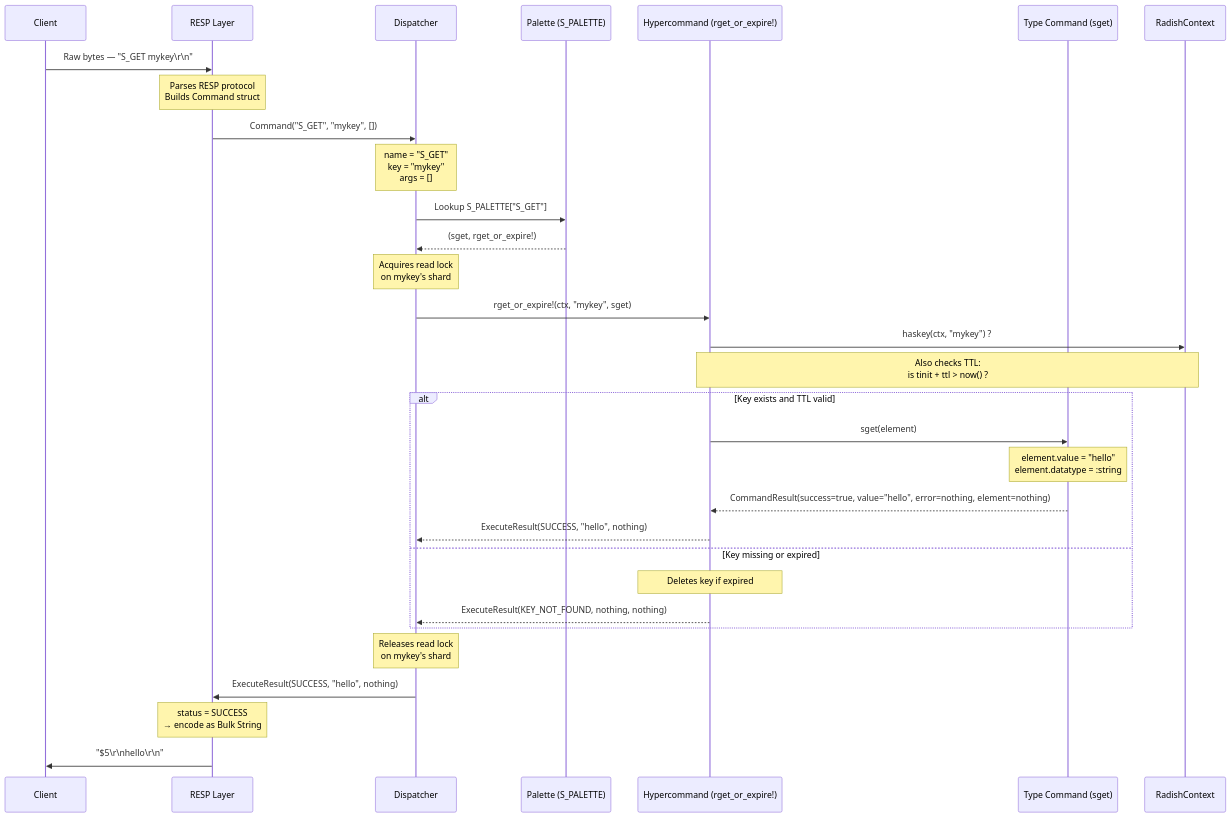
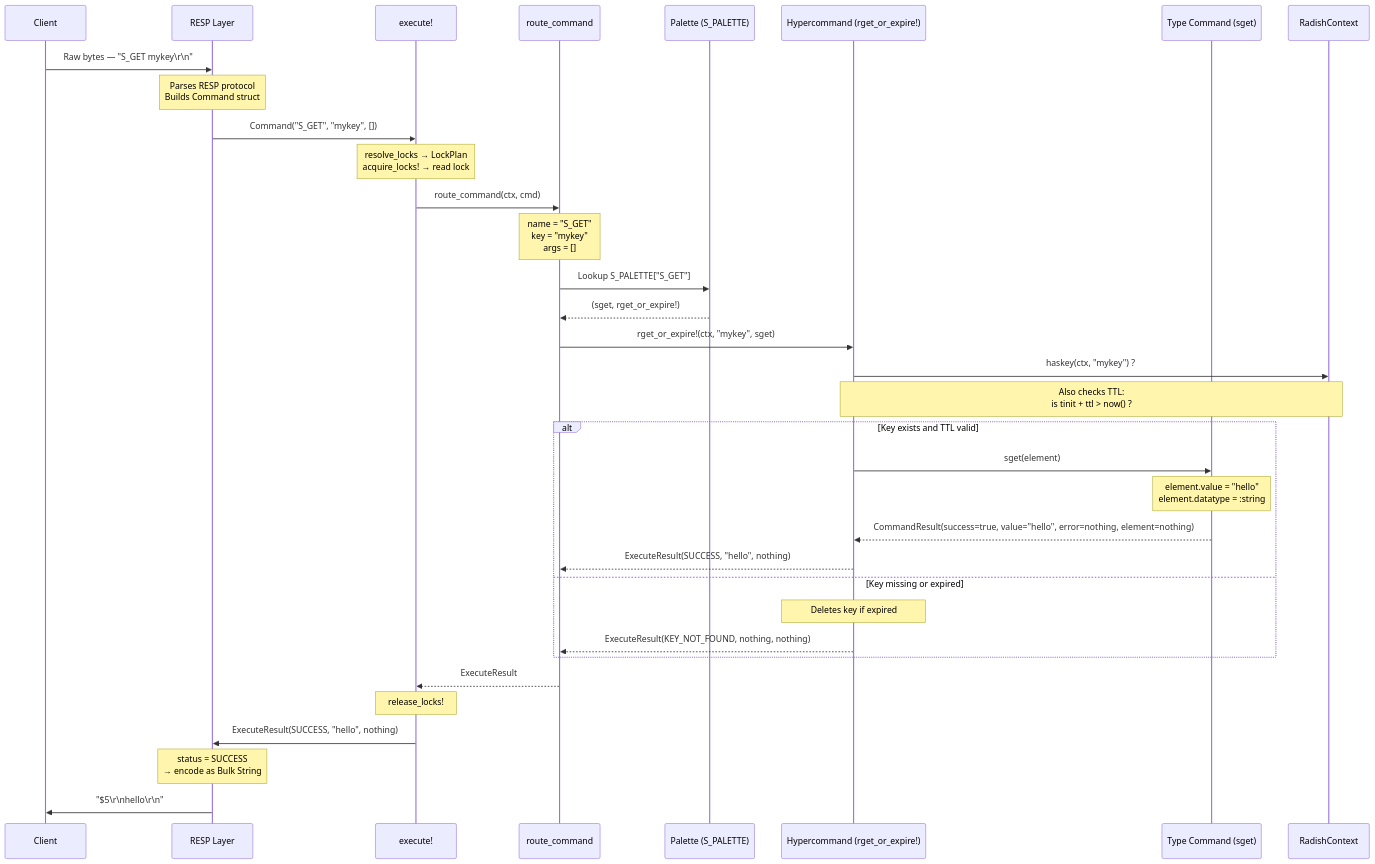
The diagram in docs/data-contracts.md (fabioscantamburlo/Radish), drawn with Mermaid before and after one commit. The commit also changed 8 other files, not shown here.

````diff
--- a/docs/data-contracts.md
+++ b/docs/data-contracts.md
@@ -149,44 +149,48 @@
 ```mermaid
 sequenceDiagram
     participant Client
     participant RESP as RESP Layer
-    participant Dispatcher
+    participant Dispatcher as execute!
+    participant Router as route_command
     participant Palette as Palette (S_PALETTE)
     participant Hypercommand as Hypercommand (rget_or_expire!)
     participant TypeCommand as Type Command (sget)
     participant Context as RadishContext
 
     Client->>RESP: Raw bytes — "S_GET mykey\r\n"
     Note over RESP: Parses RESP protocol<br/>Builds Command struct
 
     RESP->>Dispatcher: Command("S_GET", "mykey", [])
-    Note over Dispatcher: name = "S_GET"<br/>key  = "mykey"<br/>args = []
+    Note over Dispatcher: resolve_locks → LockPlan<br/>acquire_locks! → read lock
 
-    Dispatcher->>Palette: Lookup S_PALETTE["S_GET"]
-    Palette-->>Dispatcher: (sget, rget_or_expire!)
-    Note over Dispatcher: Acquires read lock<br/>on mykey's shard
+    Dispatcher->>Router: route_command(ctx, cmd)
+    Note over Router: name = "S_GET"<br/>key  = "mykey"<br/>args = []
 
-    Dispatcher->>Hypercommand: rget_or_expire!(ctx, "mykey", sget)
+    Router->>Palette: Lookup S_PALETTE["S_GET"]
+    Palette-->>Router: (sget, rget_or_expire!)
+
+    Router->>Hypercommand: rget_or_expire!(ctx, "mykey", sget)
 
     Hypercommand->>Context: haskey(ctx, "mykey") ?
     Note over Hypercommand,Context: Also checks TTL:<br/>is tinit + ttl > now() ?
 
     alt Key exists and TTL valid
         Hypercommand->>TypeCommand: sget(element)
         Note over TypeCommand: element.value = "hello"<br/>element.datatype = :string
 
         TypeCommand-->>Hypercommand: CommandResult(success=true, value="hello", error=nothing, element=nothing)
 
-        Hypercommand-->>Dispatcher: ExecuteResult(SUCCESS, "hello", nothing)
+        Hypercommand-->>Router: ExecuteResult(SUCCESS, "hello", nothing)
     else Key missing or expired
         Note over Hypercommand: Deletes key if expired
-        Hypercommand-->>Dispatcher: ExecuteResult(KEY_NOT_FOUND, nothing, nothing)
+        Hypercommand-->>Router: ExecuteResult(KEY_NOT_FOUND, nothing, nothing)
     end
 
-    Note over Dispatcher: Releases read lock<br/>on mykey's shard
+    Router-->>Dispatcher: ExecuteResult
+    Note over Dispatcher: release_locks!
 
     Dispatcher->>RESP: ExecuteResult(SUCCESS, "hello", nothing)
     Note over RESP: status = SUCCESS<br/>→ encode as Bulk String
 
     RESP->>Client: "$5\r\nhello\r\n"
 ```
````
